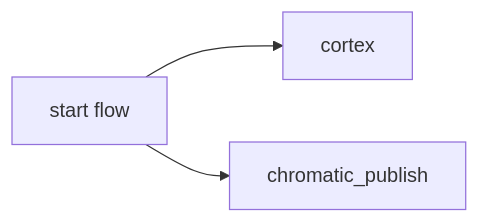
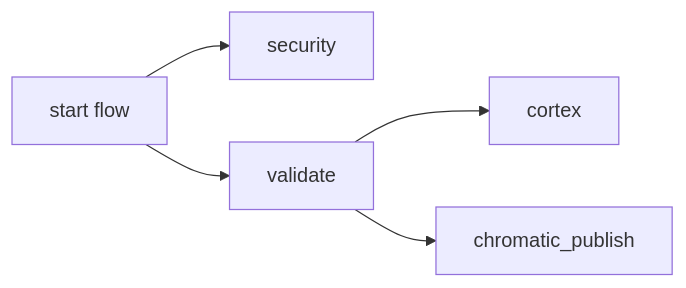
One commit to JupiterOne/.github changed the second of 2 diagrams in .github/workflows/docs/frontend/frontend_runtime_deploy.md. Above: the diagram before and after it, drawn with Mermaid. The commit also changed other lines of this file and 21 other files, not shown here.

````diff
--- a/.github/workflows/docs/frontend/frontend_runtime_deploy.md
+++ b/.github/workflows/docs/frontend/frontend_runtime_deploy.md
@@ -71,9 +73,13 @@
 ```mermaid
 graph LR;
     A[start flow];
-    B[cortex];
-    C[chromatic_publish];
+    B[security];
+    C[validate];
+    D[cortex];
+    E[chromatic_publish];
 
     A --> B;
     A --> C;
+    C --> D;
+    C --> E;
 ```
````
